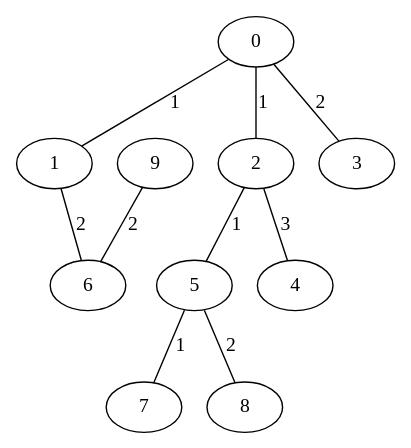
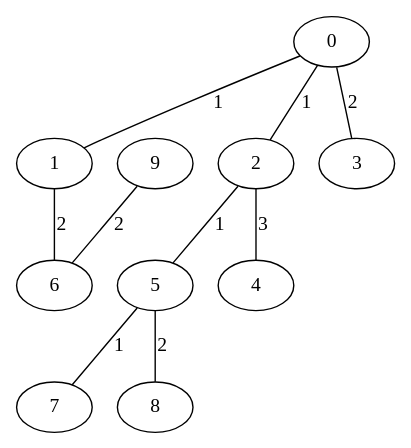
Before and after one commit to lebionick/GraphEdit: the diagram in GraphesLabWork3/skeleton2.gv, drawn with Graphviz. The commit also changed 17 other files, not shown here.

```diff
--- a/GraphesLabWork3/skeleton2.gv
+++ b/GraphesLabWork3/skeleton2.gv
@@ -1,11 +1,11 @@
 graph{
-0 -- 1[label="1"];
-0 -- 2[label="1"];
-0 -- 3[label="2"];
-1 -- 6[label="2"];
-2 -- 5[label="1"];
-2 -- 4[label="3"];
-5 -- 7[label="1"];
-5 -- 8[label="2"];
-9 -- 6[label="2"];
+0 -- 1[label="1",weight="1"];
+0 -- 2[label="1",weight="1"];
+0 -- 3[label="2",weight="2"];
+1 -- 6[label="2",weight="2"];
+2 -- 5[label="1",weight="1"];
+2 -- 4[label="3",weight="3"];
+5 -- 7[label="1",weight="1"];
+5 -- 8[label="2",weight="2"];
+9 -- 6[label="2",weight="2"];
 }
```
